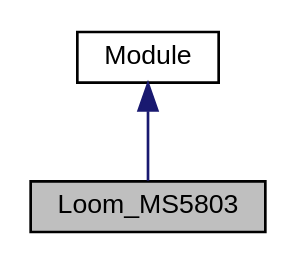
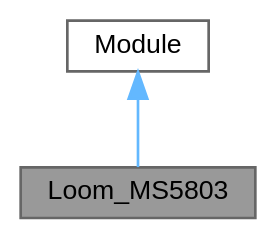
One commit to OPEnSLab-OSU/Loom-V4 changed the diagram in docs/class_loom___m_s5803__inherit__graph.dot. Above: the diagram before and after it, drawn with Graphviz. The commit also changed 773 other files, not shown here.

```diff
--- a/docs/class_loom___m_s5803__inherit__graph.dot
+++ b/docs/class_loom___m_s5803__inherit__graph.dot
@@ -1,9 +1,10 @@
 digraph "Loom_MS5803"
 {
  // LATEX_PDF_SIZE
-  edge [fontname="Helvetica",fontsize="10",labelfontname="Helvetica",labelfontsize="10"];
-  node [fontname="Helvetica",fontsize="10",shape=record];
-  Node1 [label="Loom_MS5803",height=0.2,width=0.4,color="black", fillcolor="grey75", style="filled", fontcolor="black",tooltip="Interface for the MS5803 Atmospheric Pressure / Temperature sensor module."];
-  Node2 -> Node1 [dir="back",color="midnightblue",fontsize="10",style="solid",fontname="Helvetica"];
-  Node2 [label="Module",height=0.2,width=0.4,color="black", fillcolor="white", style="filled",URL="$class_module.html",tooltip="General overarching interface to provide basic unified functionality."];
+  bgcolor="transparent";
+  edge [fontname=Helvetica,fontsize=10,labelfontname=Helvetica,labelfontsize=10];
+  node [fontname=Helvetica,fontsize=10,shape=box,height=0.2,width=0.4];
+  Node1 [label="Loom_MS5803",height=0.2,width=0.4,color="gray40", fillcolor="grey60", style="filled", fontcolor="black",tooltip=" "];
+  Node2 -> Node1 [dir="back",color="steelblue1",style="solid"];
+  Node2 [label="Module",height=0.2,width=0.4,color="gray40", fillcolor="white", style="filled",URL="$class_module.html",tooltip=" "];
 }
```
